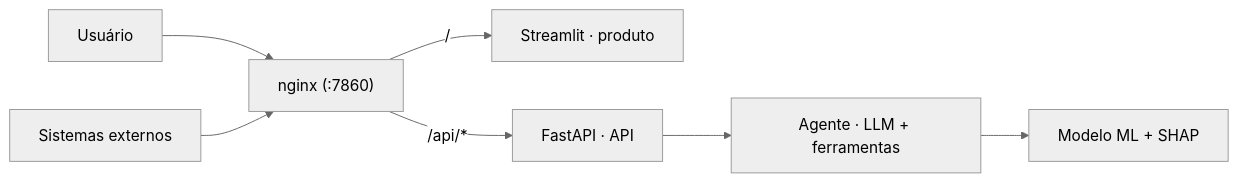
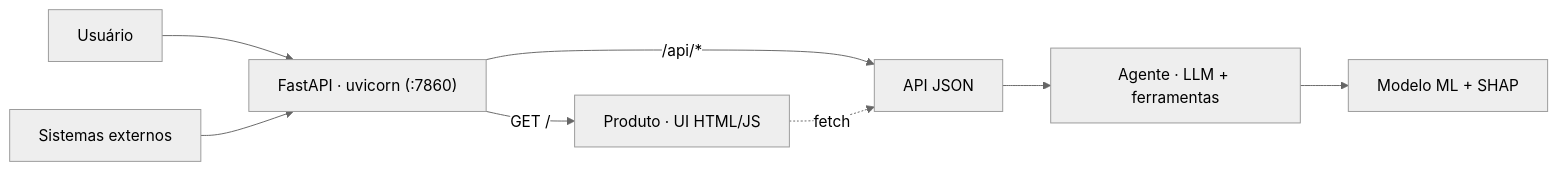
One commit to lcsgborges/churn-predictor changed the diagram in README.md. Above: the diagram before and after it, drawn with Mermaid (neutral theme). The commit also changed other lines of this file and 10 other files, not shown here.

````diff
--- a/README.md
+++ b/README.md
@@ -27,9 +27,10 @@
 ```mermaid
 flowchart LR
-    U[Usuário] --> NGX
-    S[Sistemas externos] --> NGX
-    NGX["nginx (:7860)"] -->|"/"| ST[Streamlit · produto]
-    NGX -->|"/api/*"| API[FastAPI · API]
+    U[Usuário] --> APP
+    S[Sistemas externos] --> APP
+    APP["FastAPI · uvicorn (:7860)"] -->|"GET /"| UI[Produto · UI HTML/JS]
+    APP -->|"/api/*"| API[API JSON]
+    UI -. fetch .-> API
     API --> AG[Agente · LLM + ferramentas]
     AG --> ML[Modelo ML + SHAP]
 ```
````
